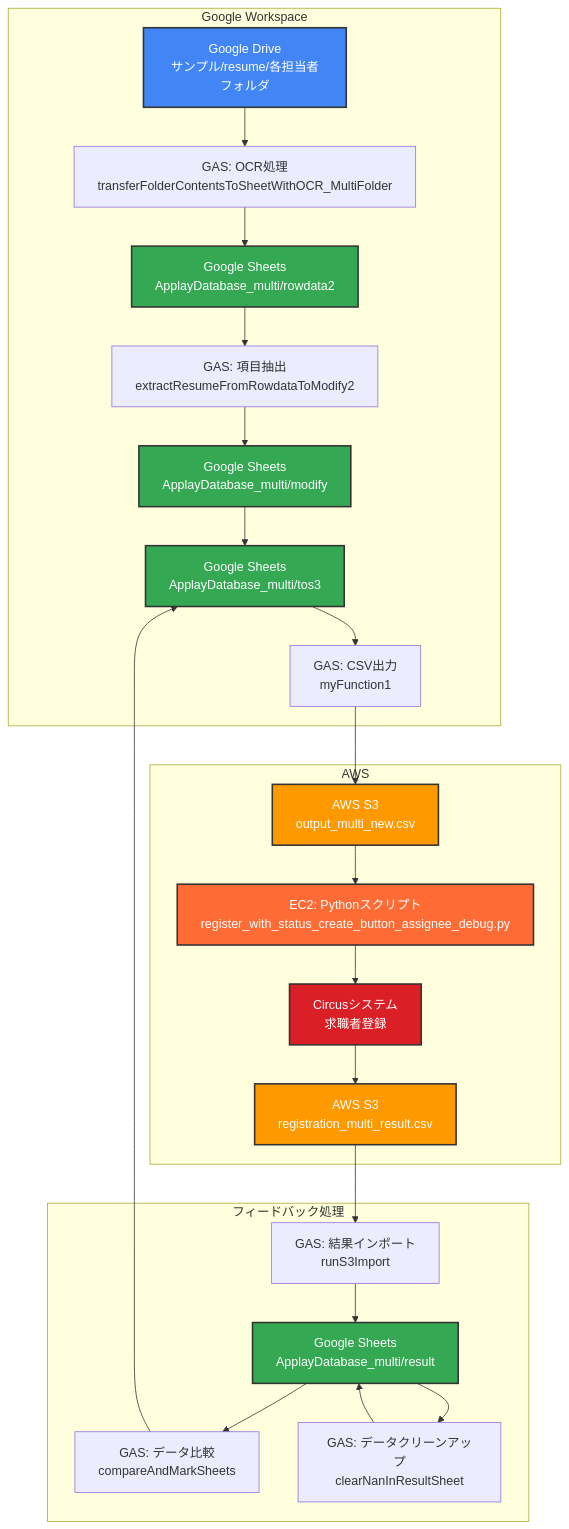
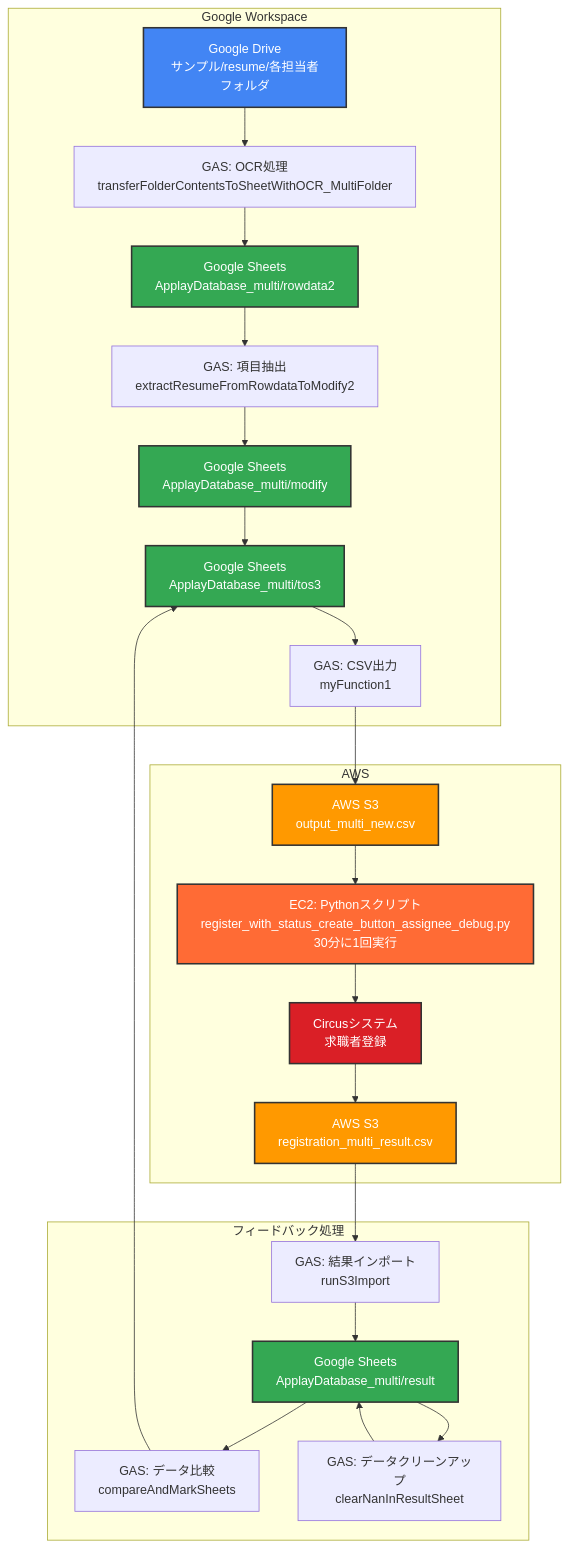
The diagram in circus/system_architecture.md (OPiastri81/work), drawn with Mermaid before and after one commit. The commit also changed other lines of this file and 1 other file, not shown here.

Commit message:
Change cron schedule from hourly to every 30 minutes

````diff
--- a/circus/system_architecture.md
+++ b/circus/system_architecture.md
@@ -52,37 +52,37 @@
 ```mermaid
 graph TD
     subgraph "Google Workspace"
         A[Google Drive<br/>サンプル/resume/各担当者フォルダ] --> B[GAS: OCR処理<br/>transferFolderContentsToSheetWithOCR_MultiFolder]
         B --> C[Google Sheets<br/>ApplayDatabase_multi/rowdata2]
         C --> D[GAS: 項目抽出<br/>extractResumeFromRowdataToModify2]
         D --> E[Google Sheets<br/>ApplayDatabase_multi/modify]
         E --> F[Google Sheets<br/>ApplayDatabase_multi/tos3]
         F --> G[GAS: CSV出力<br/>myFunction1]
     end
 
     subgraph "AWS"
         G --> H[AWS S3<br/>output_multi_new.csv]
-        H --> I[EC2: Pythonスクリプト<br/>register_with_status_create_button_assignee_debug.py]
+        H --> I[EC2: Pythonスクリプト<br/>register_with_status_create_button_assignee_debug.py<br/>30分に1回実行]
         I --> J[Circusシステム<br/>求職者登録]
         J --> K[AWS S3<br/>registration_multi_result.csv]
     end
 
     subgraph "フィードバック処理"
         K --> L[GAS: 結果インポート<br/>runS3Import]
         L --> M[Google Sheets<br/>ApplayDatabase_multi/result]
         M --> N[GAS: データ比較<br/>compareAndMarkSheets]
         N --> F
         M --> O[GAS: データクリーンアップ<br/>clearNanInResultSheet]
         O --> M
     end
 
     style A fill:#4285F4,stroke:#333,stroke-width:2px,color:#fff
     style C fill:#34A853,stroke:#333,stroke-width:2px,color:#fff
     style E fill:#34A853,stroke:#333,stroke-width:2px,color:#fff
     style F fill:#34A853,stroke:#333,stroke-width:2px,color:#fff
     style M fill:#34A853,stroke:#333,stroke-width:2px,color:#fff
     style H fill:#FF9900,stroke:#333,stroke-width:2px,color:#fff
     style K fill:#FF9900,stroke:#333,stroke-width:2px,color:#fff
     style J fill:#DA1F26,stroke:#333,stroke-width:2px,color:#fff
     style I fill:#FF6B35,stroke:#333,stroke-width:2px,color:#fff
 ```
````
